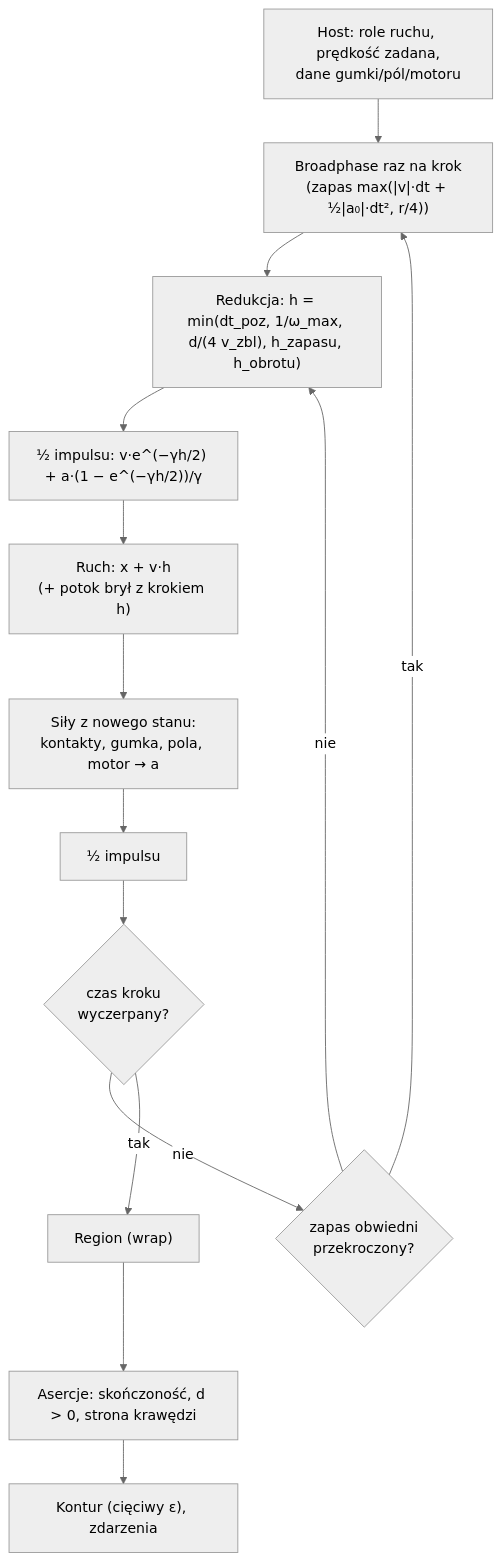
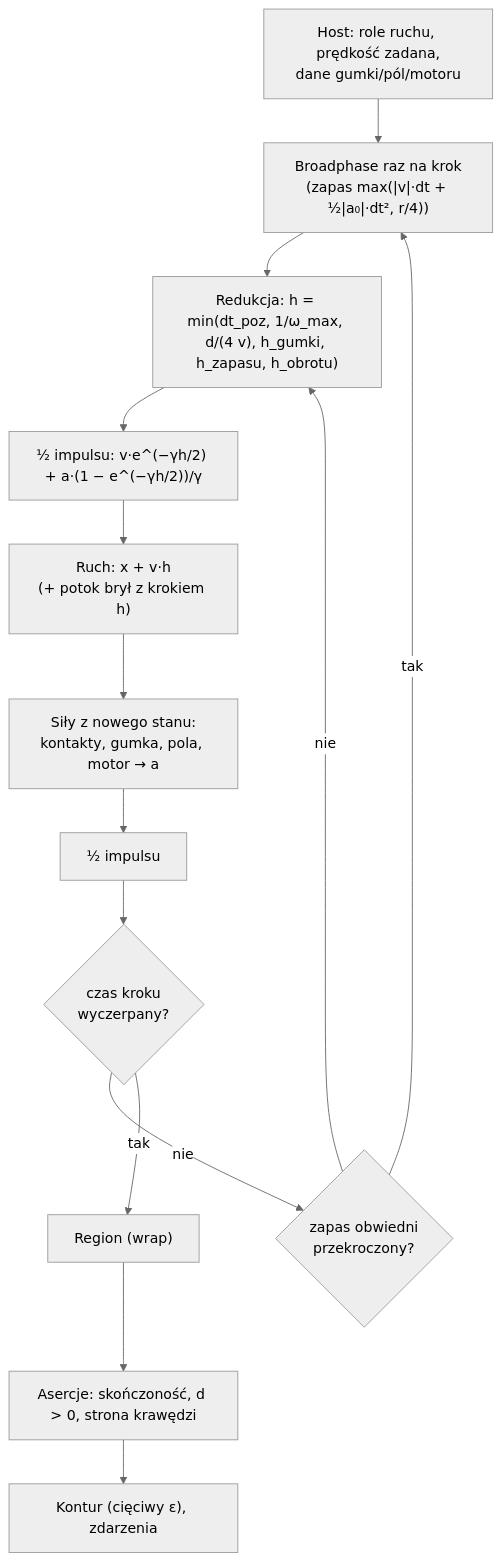
Before and after one commit to MariuszAdamowicz/BubblePhysics: the third of 3 diagrams in docs/sdlc/changes/2026-11-23-engine-4-0-0/change-design.md, drawn with Mermaid (neutral theme). The commit also changed other lines of this file, not shown here.

First line of the commit message:
docs(change-design): poprawki po trzeciej ocenie — d/4 dla aktywnego kontaktu w obu kierunkach, warunek sztywnej gumki, liczby podkroków, historia na końcu

````diff
--- a/docs/sdlc/changes/2026-11-23-engine-4-0-0/change-design.md
+++ b/docs/sdlc/changes/2026-11-23-engine-4-0-0/change-design.md
@@ -200,16 +198,16 @@
 ```mermaid
 flowchart TD
   host["Host: role ruchu, prędkość zadana,<br/>dane gumki/pól/motoru"] --> bp["Broadphase raz na krok<br/>(zapas max(|v|·dt + ½|a₀|·dt², r/4))"]
-  bp --> h["Redukcja: h = min(dt_poz, 1/ω_max, d/(4 v_zbl), h_zapasu, h_obrotu)"]
+  bp --> h["Redukcja: h = min(dt_poz, 1/ω_max, d/(4 v), h_gumki, h_zapasu, h_obrotu)"]
   h --> k1["½ impulsu: v·e^(−γh/2) + a·(1 − e^(−γh/2))/γ"]
   k1 --> d["Ruch: x + v·h<br/>(+ potok brył z krokiem h)"]
   d --> f["Siły z nowego stanu:<br/>kontakty, gumka, pola, motor → a"]
   f --> k2["½ impulsu"]
   k2 --> m{"czas kroku<br/>wyczerpany?"}
   m -- nie --> rb{"zapas obwiedni<br/>przekroczony?"}
   rb -- tak --> bp
   rb -- nie --> h
   m -- tak --> reg["Region (wrap)"]
   reg --> as["Asercje: skończoność, d > 0, strona krawędzi"]
   as --> out["Kontur (cięciwy ε), zdarzenia"]
 ```
````
